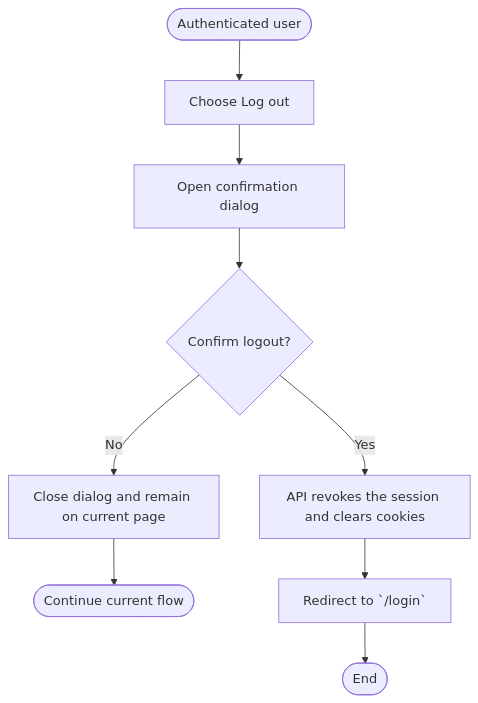
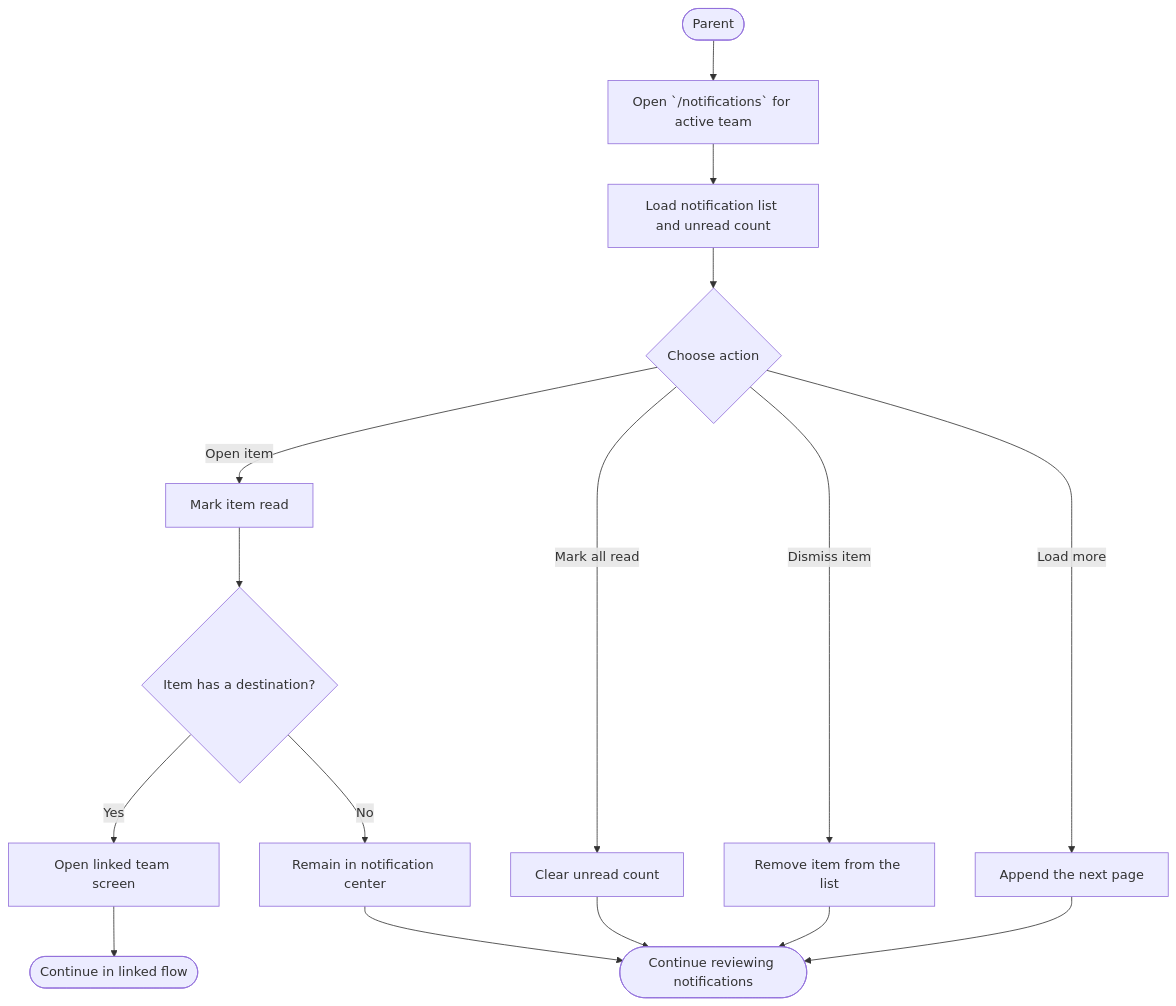
Diagram 19 of 21 in docs/flow-charts.md (kazes5/soccer), drawn with Mermaid before and after one commit. The commit also changed other lines of this file and 1 other file, not shown here.

Commit message:
Split admin and parent flows and refine Hebrew copy

````diff
--- a/docs/flow-charts.md
+++ b/docs/flow-charts.md
@@ -134,11 +358,18 @@
 ```mermaid
 flowchart TD
-    A([Authenticated user]) --> B[Choose Log out]
-    B --> C[Open confirmation dialog]
-    C --> D{Confirm logout?}
-    D -->|No| E[Close dialog and remain on current page]
-    E --> F([Continue current flow])
-    D -->|Yes| G[API revokes the session and clears cookies]
-    G --> H[Redirect to `/login`]
-    H --> I([End])
+    A([Parent]) --> B[Open `/notifications` for active team]
+    B --> C[Load notification list and unread count]
+    C --> D{Choose action}
+    D -->|Open item| E[Mark item read]
+    E --> F{Item has a destination?}
+    F -->|Yes| G[Open linked team screen]
+    F -->|No| H[Remain in notification center]
+    D -->|Mark all read| I[Clear unread count]
+    D -->|Dismiss item| J[Remove item from the list]
+    D -->|Load more| K[Append the next page]
+    G --> L([Continue in linked flow])
+    H --> M([Continue reviewing notifications])
+    I --> M
+    J --> M
+    K --> M
 ```
````
